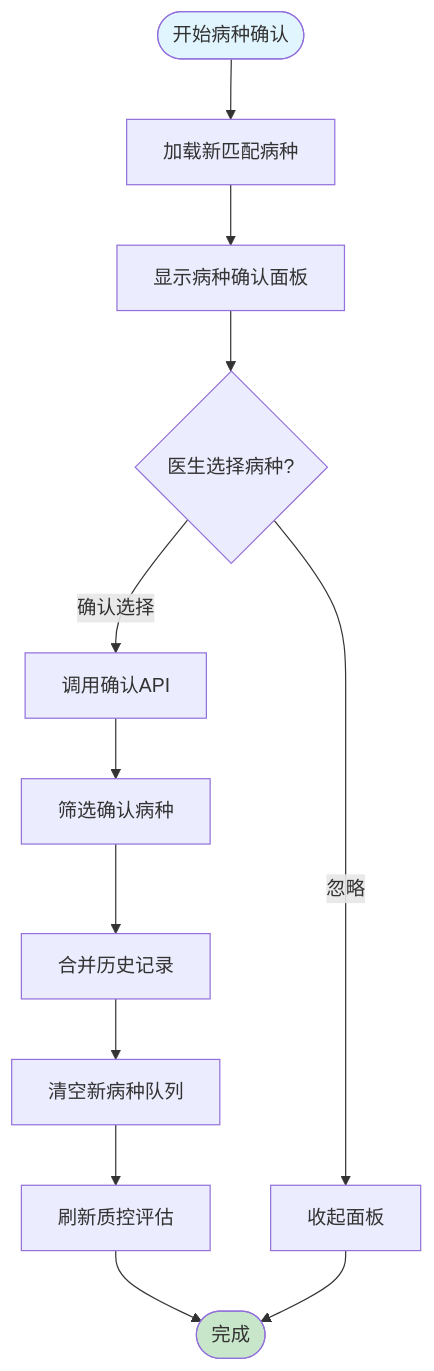
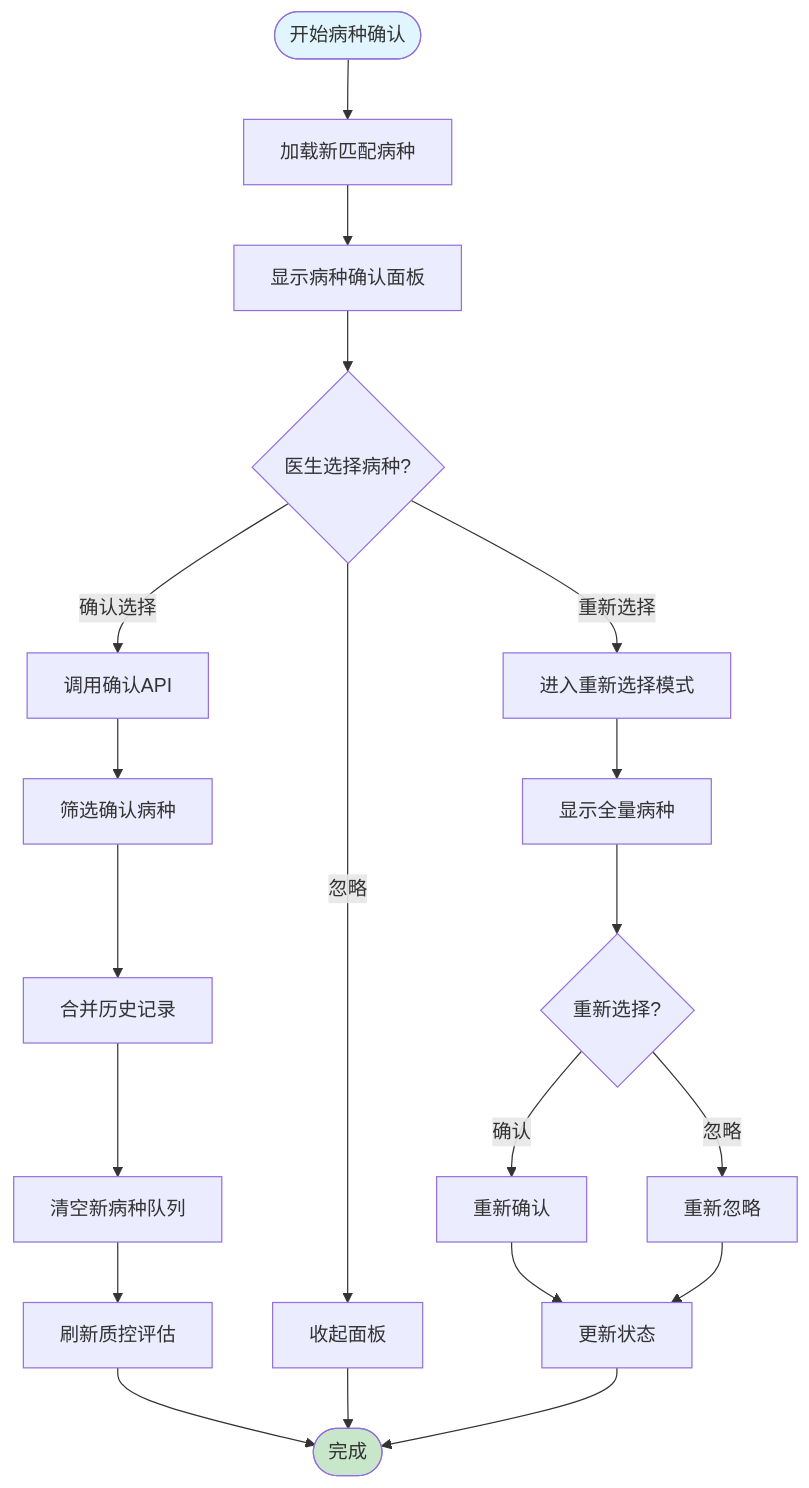
One commit to liuzh2008/med_ai_assistant_workspace changed the fourth of 14 diagrams in .qoder/repowiki/zh/content/临床指引Tab.md. Above: the diagram before and after it, drawn with Mermaid. The commit also changed other lines of this file and 5 other files, not shown here.

````diff
--- a/.qoder/repowiki/zh/content/临床指引Tab.md
+++ b/.qoder/repowiki/zh/content/临床指引Tab.md
@@ -237,16 +292,24 @@
 ```mermaid
 flowchart TD
 Start([开始病种确认]) --> LoadData[加载新匹配病种]
 LoadData --> ShowPanel[显示病种确认面板]
 ShowPanel --> UserSelect{医生选择病种?}
 UserSelect --> |确认选择| ConfirmAPI[调用确认API]
 UserSelect --> |忽略| DismissPanel[收起面板]
+UserSelect --> |重新选择| ReselectMode[进入重新选择模式]
 ConfirmAPI --> FilterDiseases[筛选确认病种]
 FilterDiseases --> MergeHistory[合并历史记录]
 MergeHistory --> ClearNew[清空新病种队列]
 ClearNew --> RefreshAssess[刷新质控评估]
 RefreshAssess --> End([完成])
 DismissPanel --> End
+ReselectMode --> ShowAllDiseases[显示全量病种]
+ShowAllDiseases --> UserReselect{重新选择?}
+UserReselect --> |确认| ReselectConfirm[重新确认]
+UserReselect --> |忽略| ReselectIgnore[重新忽略]
+ReselectConfirm --> UpdateState[更新状态]
+ReselectIgnore --> UpdateState
+UpdateState --> End
 style Start fill:#e1f5fe
 style End fill:#c8e6c9
 ```
````
